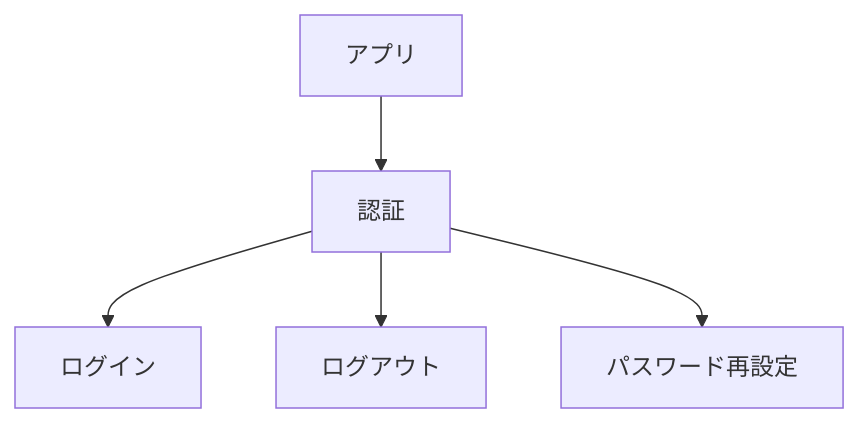
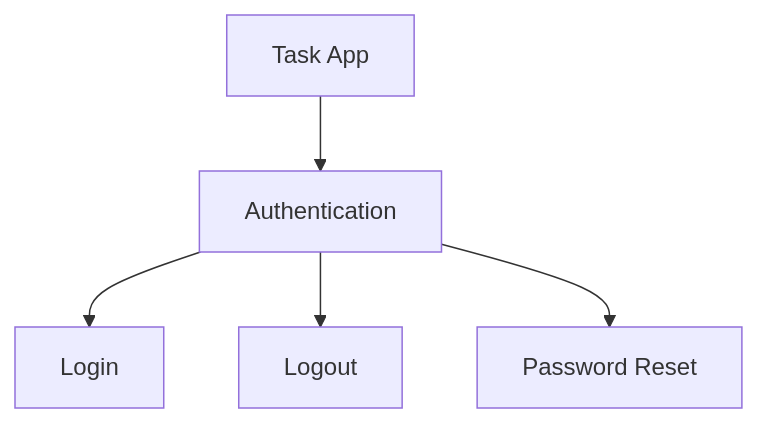
Before and after one commit to tkpsy/concept-map: the diagram in README.md, drawn with Mermaid. The commit also changed other lines of this file and 5 other files, not shown here.

````diff
--- a/README.md
+++ b/README.md
@@ -24,7 +24,7 @@
 ```mermaid
 graph TD
-    app[アプリ] --> auth[認証]
-    auth --> login[ログイン]
-    auth --> logout[ログアウト]
-    auth --> reset[パスワード再設定]
+    app[Task App] --> auth[Authentication]
+    auth --> login[Login]
+    auth --> logout[Logout]
+    auth --> reset[Password Reset]
 ```
````
